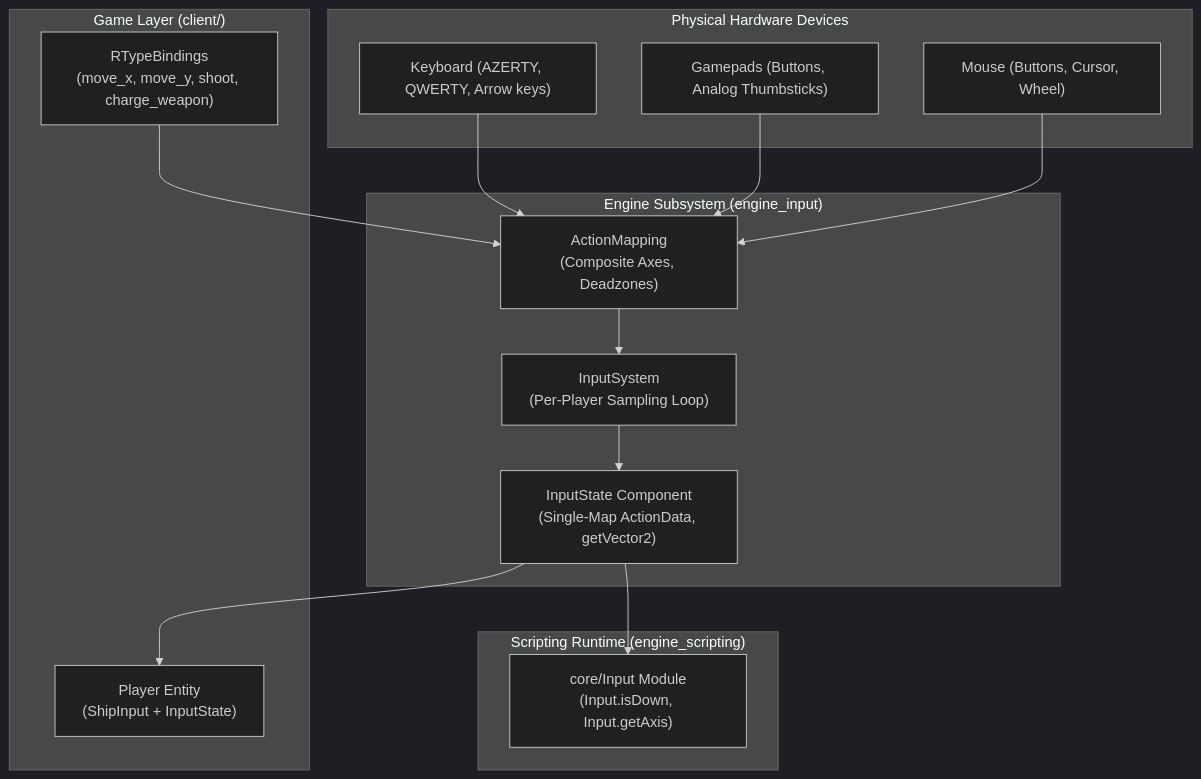
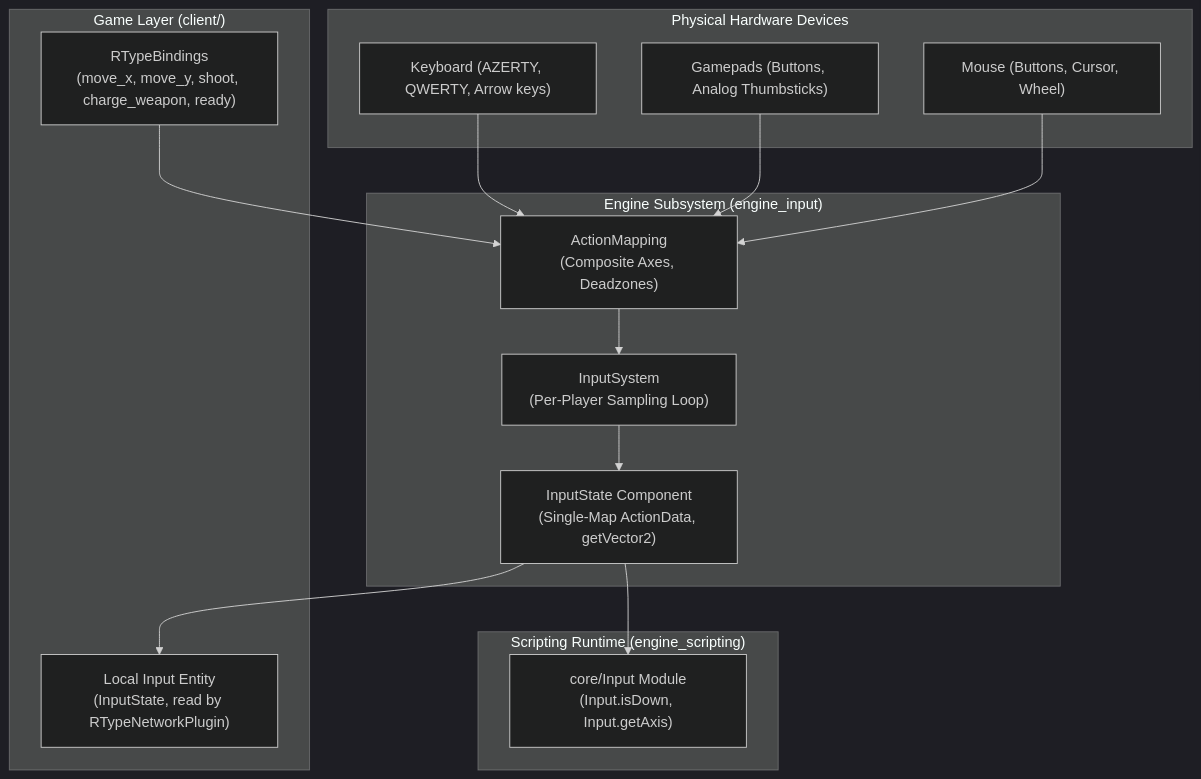
One commit to Matt4401/Mirror-Rtype changed the diagram in docs/architecture/input_system.md. Above: the diagram before and after it, drawn with Mermaid (dark theme). The commit also changed 11 other files, not shown here.

````diff
--- a/docs/architecture/input_system.md
+++ b/docs/architecture/input_system.md
@@ -16,32 +16,32 @@
 ```mermaid
 flowchart TD
     subgraph Hardware["Physical Hardware Devices"]
         KB["Keyboard (AZERTY, QWERTY, Arrow keys)"]
         GP["Gamepads (Buttons, Analog Thumbsticks)"]
         MS["Mouse (Buttons, Cursor, Wheel)"]
     end
 
     subgraph ClientLayer["Game Layer (client/)"]
-        Bindings["RTypeBindings\n(move_x, move_y, shoot, charge_weapon)"]
-        Ship["Player Entity\n(ShipInput + InputState)"]
+        Bindings["RTypeBindings\n(move_x, move_y, shoot, charge_weapon, ready)"]
+        Ship["Local Input Entity\n(InputState, read by RTypeNetworkPlugin)"]
     end
 
     subgraph EngineLayer["Engine Subsystem (engine_input)"]
         AM["ActionMapping\n(Composite Axes, Deadzones)"]
         IS["InputSystem\n(Per-Player Sampling Loop)"]
         State["InputState Component\n(Single-Map ActionData, getVector2)"]
     end
 
     subgraph ScriptLayer["Scripting Runtime (engine_scripting)"]
         Wren["core/Input Module\n(Input.isDown, Input.getAxis)"]
     end
 
     KB --> AM
     GP --> AM
     MS --> AM
     Bindings --> AM
     AM --> IS
     IS --> State
     State --> Ship
     State --> Wren
 ```
````
